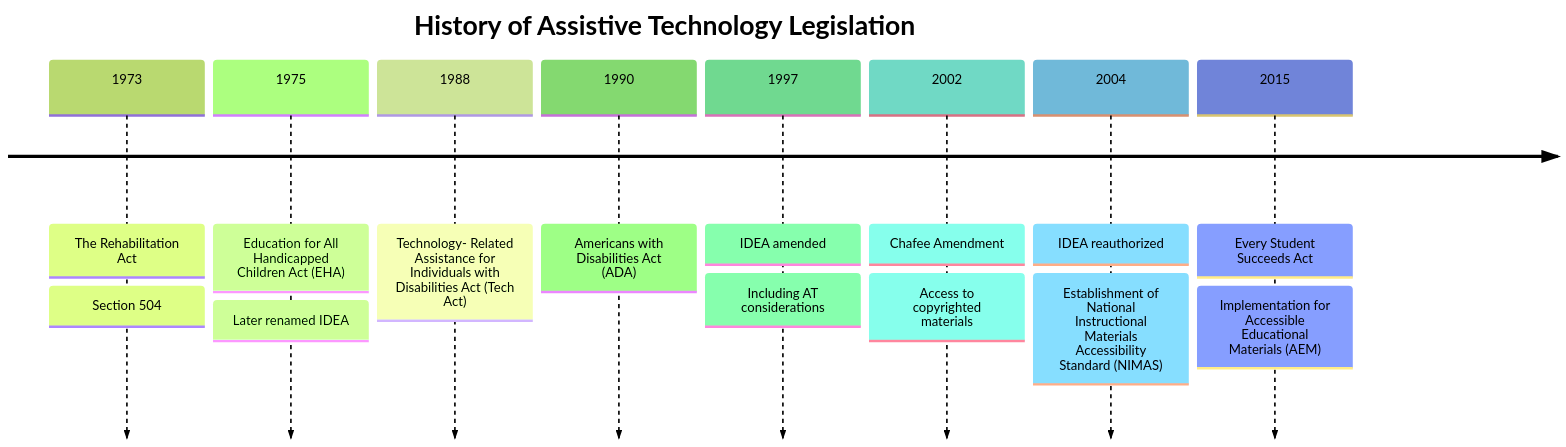
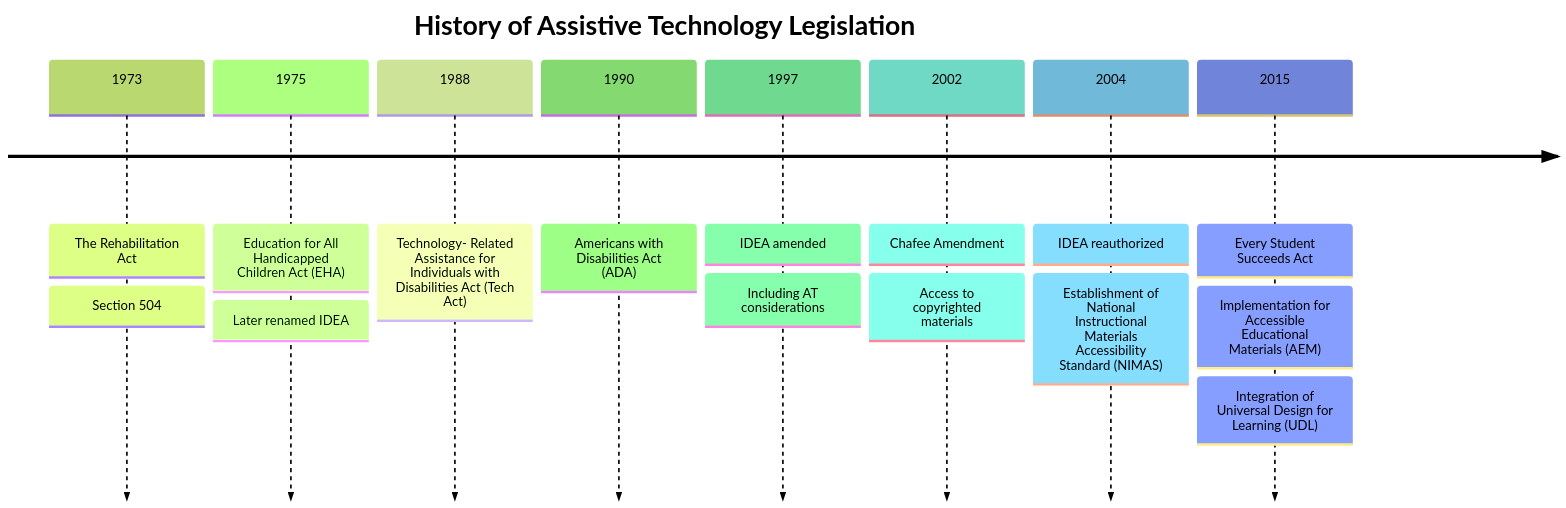
One commit to loretod/AT_in_Education changed the diagram in laws.md. Above: the diagram before and after it, drawn with Mermaid (forest theme). The commit also changed other lines of this file and 41 other files, not shown here.

````diff
--- a/laws.md
+++ b/laws.md
@@ -5,12 +5,15 @@
 ```{mermaid}
 timeline
+    accTitle: Historical timeline of assistive technology legislation
+    accDescr: A timeline providing an overview of the legislation passed starting in 1973 with the Rehabilitation Act and ending in 2015 with the Every Student Succeeds Act. Details are provided in the text body below.
+
     title History of Assistive Technology Legislation
     1973 : The Rehabilitation Act : Section 504
     1975 : Education for All Handicapped Children Act (EHA) : Later renamed IDEA 
     1988 : Technology- Related Assistance for Individuals with Disabilities Act (Tech Act)
     1990 : Americans with Disabilities Act (ADA)
     1997 : IDEA amended : Including AT considerations
     2002 : Chafee Amendment : Access to copyrighted materials
     2004 : IDEA reauthorized : Establishment of National Instructional Materials Accessibility Standard (NIMAS)
-    2015 : Every Student Succeeds Act : Implementation for Accessible Educational Materials (AEM)
+    2015 : Every Student Succeeds Act : Implementation for Accessible Educational Materials (AEM) : Integration of Universal Design for Learning (UDL)
 ```
````
